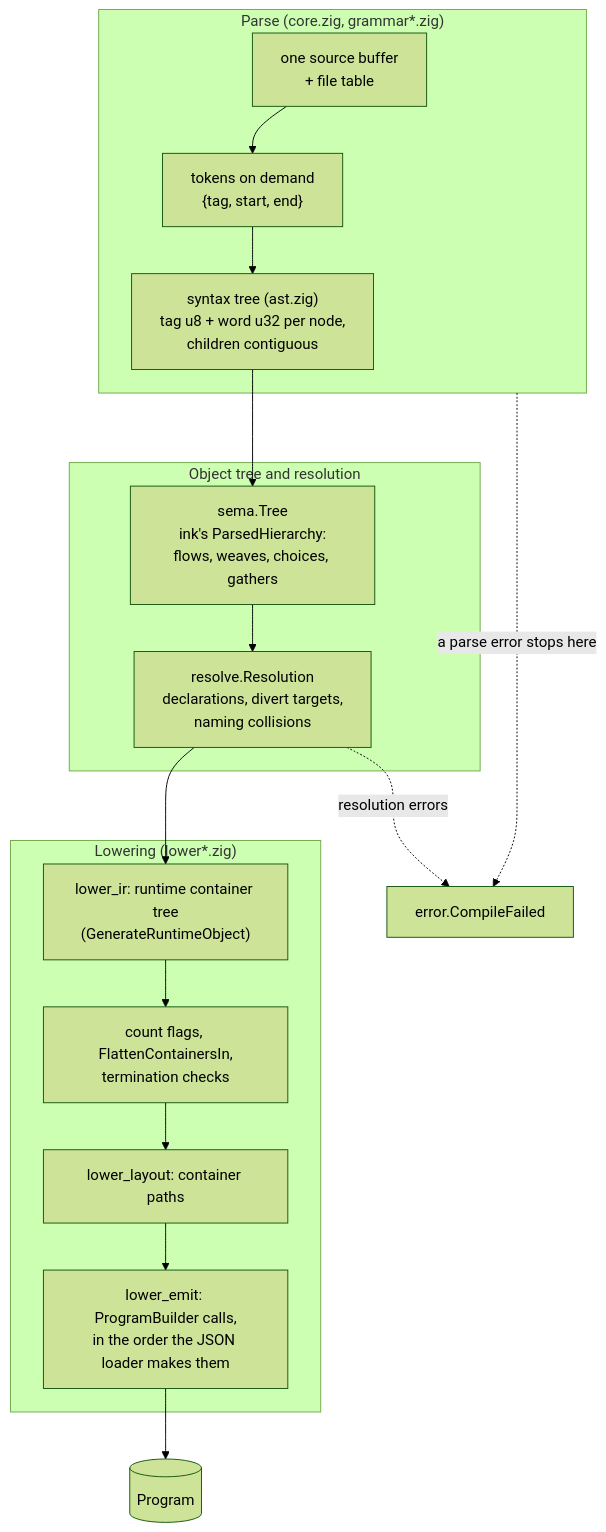
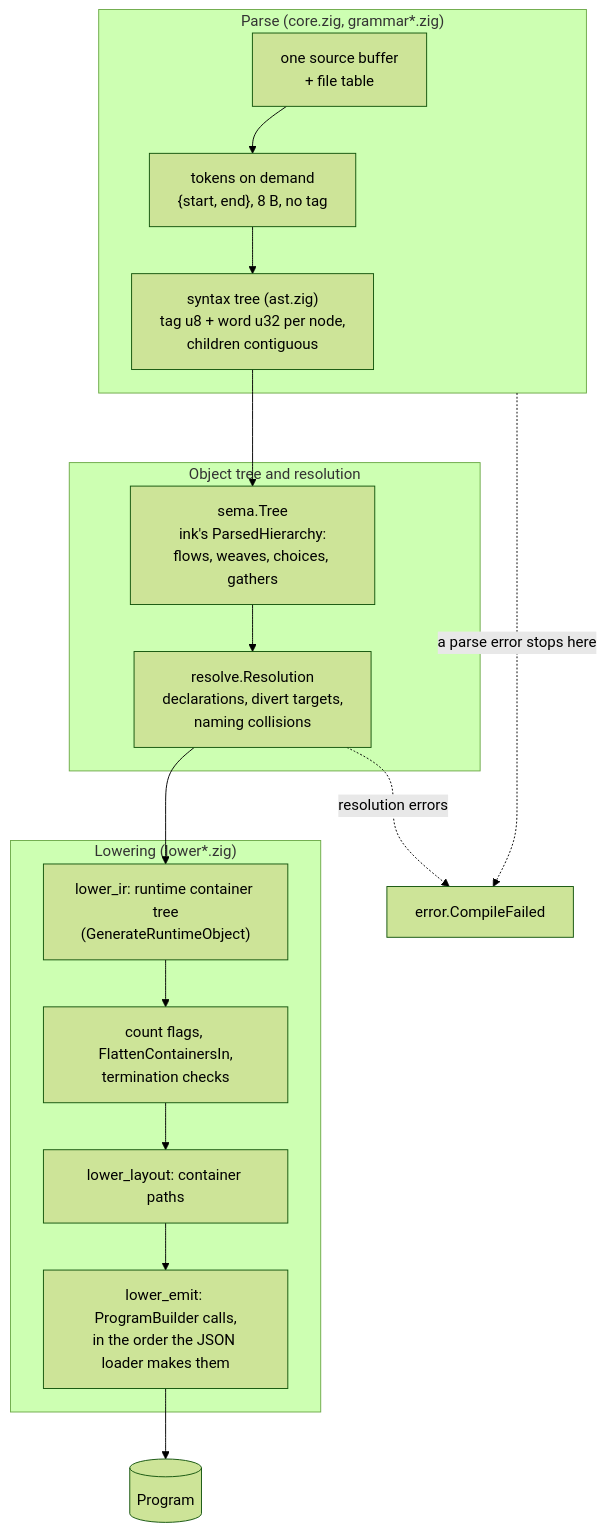
One commit to KreaturaArt/inkz changed the third of 7 diagrams in docs/Architecture.md. Above: the diagram before and after it, drawn with Mermaid (forest theme). The commit also changed 5 other files, not shown here.

````diff
--- a/docs/Architecture.md
+++ b/docs/Architecture.md
@@ -110,20 +110,20 @@
 ```mermaid
 flowchart TD
     subgraph parse["Parse (core.zig, grammar*.zig)"]
-        source["one source buffer<br/>+ file table"] --> tokens["tokens on demand<br/>{tag, start, end}"]
+        source["one source buffer<br/>+ file table"] --> tokens["tokens on demand<br/>{start, end}, 8 B, no tag"]
         tokens --> ast["syntax tree (ast.zig)<br/>tag u8 + word u32 per node,<br/>children contiguous"]
     end
     subgraph middle["Object tree and resolution"]
         ast --> objects["sema.Tree<br/>ink's ParsedHierarchy:<br/>flows, weaves, choices, gathers"]
         objects --> resolution["resolve.Resolution<br/>declarations, divert targets,<br/>naming collisions"]
     end
     subgraph back["Lowering (lower*.zig)"]
         resolution --> ir["lower_ir: runtime container tree<br/>(GenerateRuntimeObject)"]
         ir --> flatten["count flags, FlattenContainersIn,<br/>termination checks"]
         flatten --> layout["lower_layout: container paths"]
         layout --> emit["lower_emit: ProgramBuilder calls,<br/>in the order the JSON loader makes them"]
     end
     emit --> program[("Program")]
     parse -. "a parse error stops here" .-> failed["error.CompileFailed"]
     resolution -. "resolution errors" .-> failed
 ```
````
